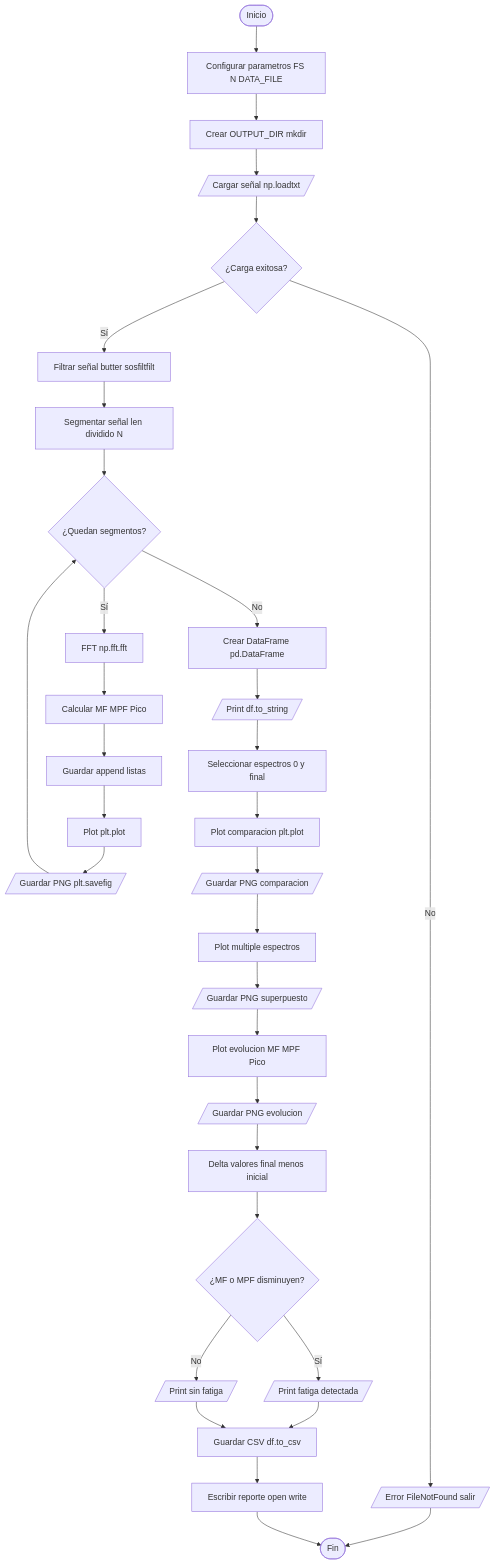
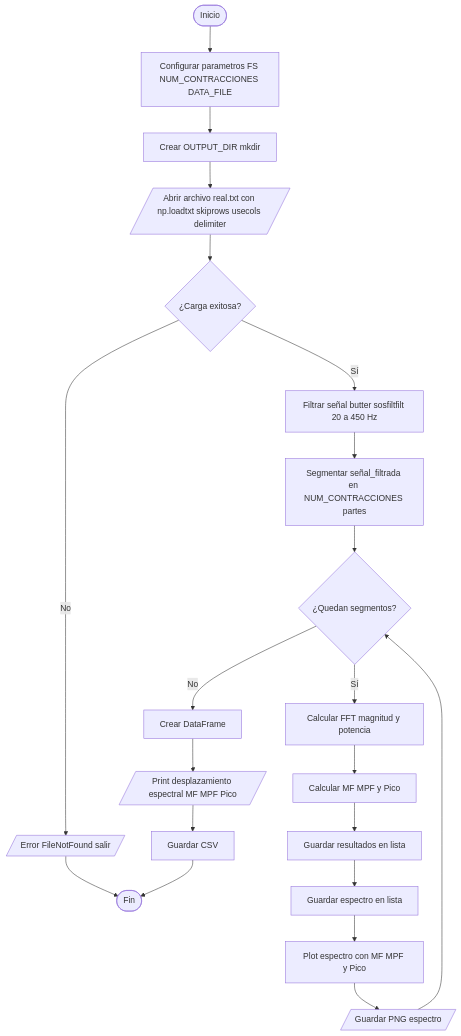
The third of 3 diagrams in README.md (Paocepe23/Laboratorio-4), drawn with Mermaid before and after one commit. The commit also changed other lines of this file, not shown here.

````diff
--- a/README.md
+++ b/README.md
@@ -239,65 +280,46 @@
 ```mermaid
 flowchart TD
-    A([Inicio])
 
-    %% CONFIGURACIÓN
-    A --> B[Configurar parametros FS N DATA_FILE]
-    B --> C[Crear OUTPUT_DIR mkdir]
+A([Inicio])
 
-    %% CARGA
-    C --> D[/Cargar señal np.loadtxt/]
-    D --> E{¿Carga exitosa?}
+%% CONFIG
+A --> B[Configurar parametros FS NUM_CONTRACCIONES DATA_FILE]
+B --> C[Crear OUTPUT_DIR mkdir]
 
-    E -- No --> F[/Error FileNotFound salir/]
-    F --> Z([Fin])
+%% CARGA
+C --> D[/Abrir archivo real.txt con np.loadtxt skiprows usecols delimiter/]
+D --> E{¿Carga exitosa?}
 
-    E -- Sí --> G[Filtrar señal butter sosfiltfilt]
+E -- No --> F[/Error FileNotFound salir/]
+F --> Z([Fin])
 
-    %% SEGMENTACIÓN
-    G --> H[Segmentar señal len dividido N]
+E -- Sí --> G[Filtrar señal butter sosfiltfilt 20 a 450 Hz]
 
-    %% LOOP FFT
-    H --> I{¿Quedan segmentos?}
+%% SEGMENTACIÓN
+G --> H[Segmentar señal_filtrada en NUM_CONTRACCIONES partes]
 
-    I -- Sí --> J[FFT np.fft.fft]
-    J --> K[Calcular MF MPF Pico]
+%% LOOP FFT
+H --> I{¿Quedan segmentos?}
 
-    K --> L[Guardar append listas]
+I -- Sí --> J[Calcular FFT magnitud y potencia]
+J --> K[Calcular MF MPF y Pico]
 
-    L --> M[Plot plt.plot]
-    M --> N[/Guardar PNG plt.savefig/]
+K --> L[Guardar resultados en lista]
+L --> M[Guardar espectro en lista]
 
-    N --> I
+M --> N[Plot espectro con MF MPF y Pico]
+N --> O[/Guardar PNG espectro/]
 
-    %% POST
-    I -- No --> O[Crear DataFrame pd.DataFrame]
-    O --> P[/Print df.to_string/]
+O --> I
 
-    %% COMPARACIÓN
-    P --> Q[Seleccionar espectros 0 y final]
-    Q --> R[Plot comparacion plt.plot]
-    R --> S[/Guardar PNG comparacion/]
+%% TABLA
+I -- No --> P[Crear DataFrame]
 
-    %% SUPERPOSICIÓN
-    S --> T[Plot multiple espectros]
-    T --> U[/Guardar PNG superpuesto/]
+%% INFO
+P --> Q[/Print desplazamiento espectral MF MPF Pico/]
 
-    %% EVOLUCIÓN
-    U --> V[Plot evolucion MF MPF Pico]
-    V --> W[/Guardar PNG evolucion/]
+%% EXPORTACIÓN
+Q --> R[Guardar CSV]
 
-    %% ANÁLISIS
-    W --> X[Delta valores final menos inicial]
-    X --> Y{¿MF o MPF disminuyen?}
-
-    Y -- Sí --> Y1[/Print fatiga detectada/]
-    Y -- No --> Y2[/Print sin fatiga/]
-
-    %% EXPORTACIÓN
-    Y1 --> AA[Guardar CSV df.to_csv]
-    Y2 --> AA
-
-    AA --> AB[Escribir reporte open write]
-
-    AB --> Z([Fin])
+R --> Z([Fin])
 ```
````
